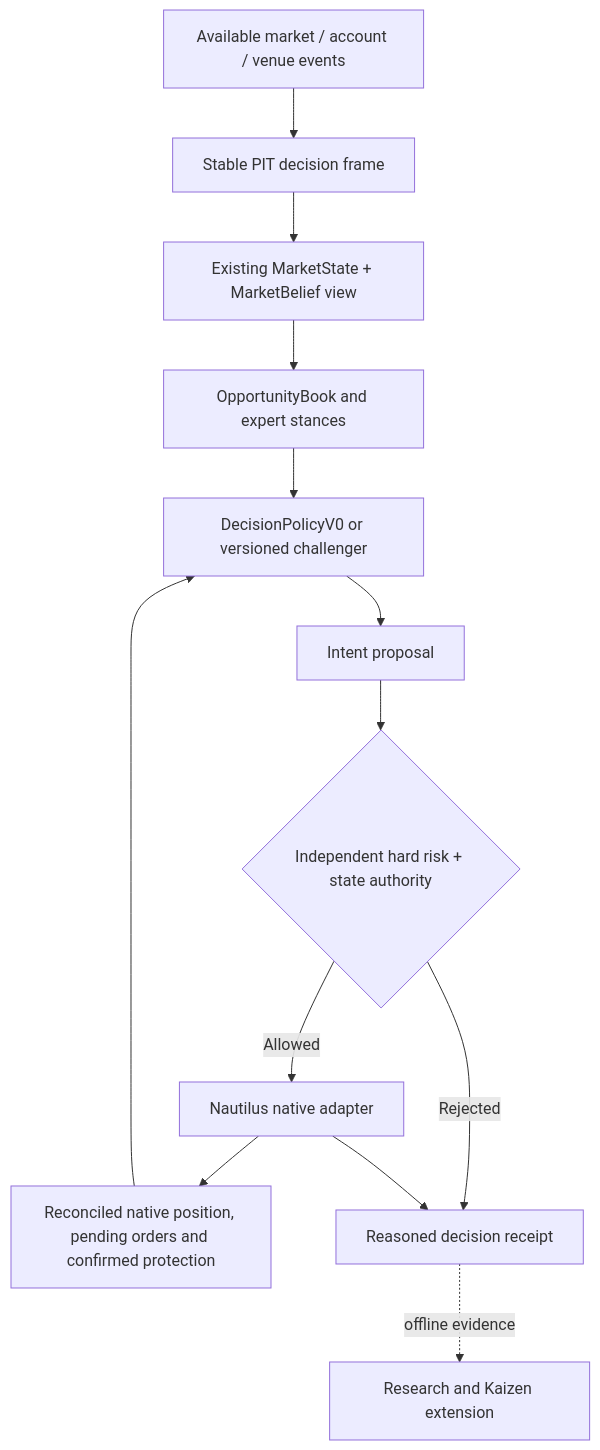
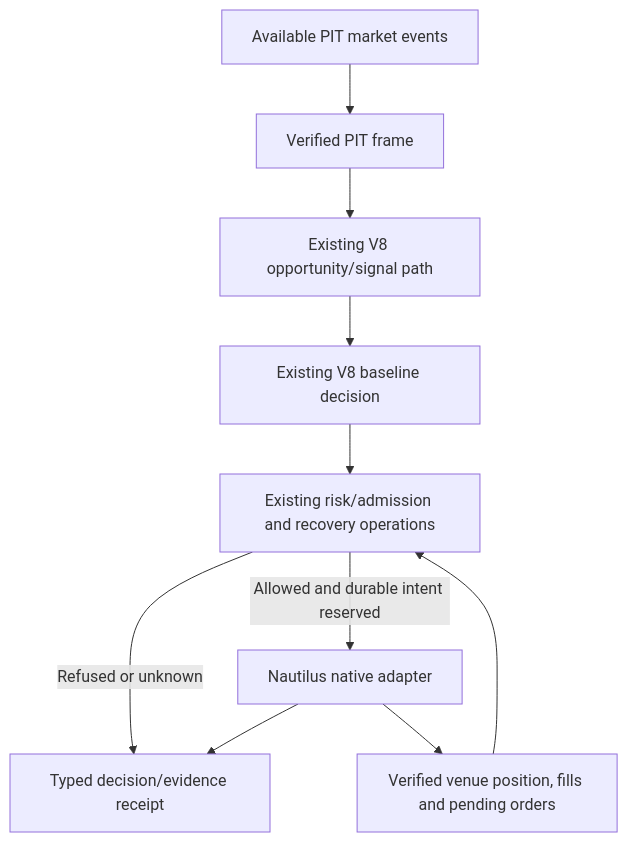
One commit to ddawnlll/v8 changed the first of 3 diagrams in docs/v9/V9_ARCHITECTURE_MONOGRAPH.md. Above: the diagram before and after it, drawn with Mermaid. The commit also changed other lines of this file, not shown here.

Commit message:
docs(v9): revise architecture monograph to RFC 1.3 with adversarial review gates

````diff
--- a/docs/v9/V9_ARCHITECTURE_MONOGRAPH.md
+++ b/docs/v9/V9_ARCHITECTURE_MONOGRAPH.md
@@ -261,15 +313,12 @@
 ```mermaid
 flowchart TD
-  MD[Available market / account / venue events] --> SF[Stable PIT decision frame]
-  SF --> EV[Existing MarketState + MarketBelief view]
-  EV --> OP[OpportunityBook and expert stances]
-  OP --> DP[DecisionPolicyV0 or versioned challenger]
-  PN[Reconciled native position, pending orders and confirmed protection] --> DP
-  DP --> IN[Intent proposal]
-  IN --> RG{Independent hard risk + state authority}
-  RG -->|Allowed| NT[Nautilus native adapter]
-  RG -->|Rejected| RE[Reasoned decision receipt]
-  NT --> PN
-  NT --> RE
-  RE -. offline evidence .-> KA[Research and Kaizen extension]
+  M[Available PIT market events] --> F[Verified PIT frame]
+  F --> O[Existing V8 opportunity/signal path]
+  O --> V[Existing V8 baseline decision]
+  N[Verified venue position, fills and pending orders] --> R[Existing risk/admission and recovery operations]
+  V --> R
+  R -->|Allowed and durable intent reserved| A[Nautilus native adapter]
+  R -->|Refused or unknown| E[Typed decision/evidence receipt]
+  A --> E
+  A --> N
 ```
````
